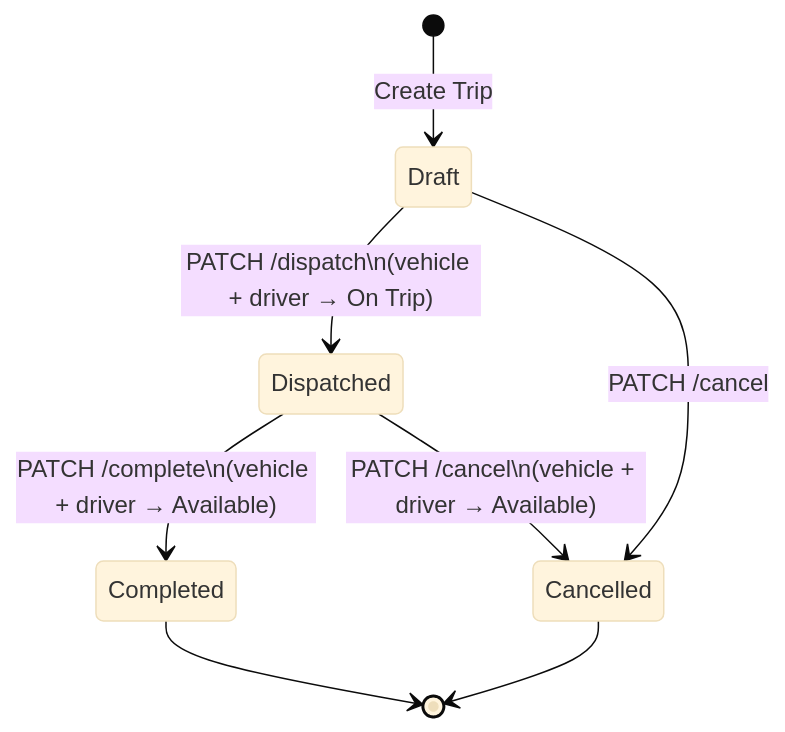
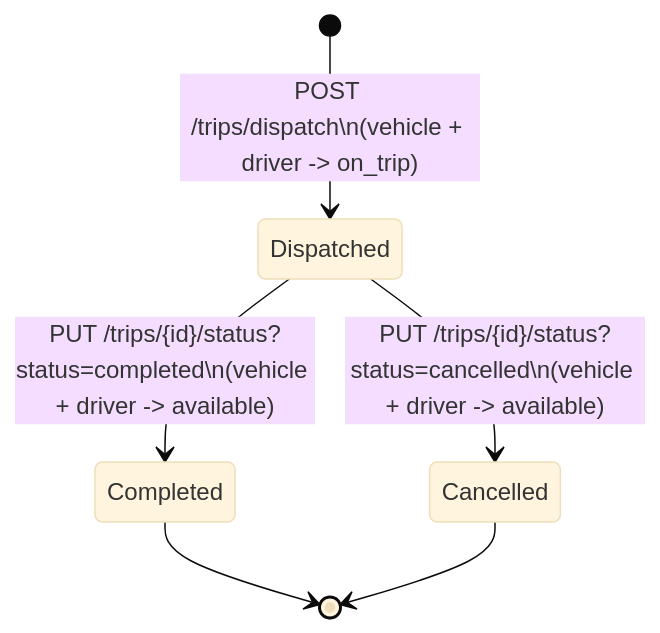
Before and after one commit to pvraguram/TransitOps-Smart-Transport-Operations-Platform: the seventh of 7 diagrams in docs/FRONTEND.md, drawn with Mermaid (base theme). The commit also changed other lines of this file and 5 other files, not shown here.

````diff
--- a/docs/FRONTEND.md
+++ b/docs/FRONTEND.md
@@ -435,10 +477,8 @@
 ```mermaid
 stateDiagram-v2
-    [*] --> Draft : Create Trip
-    Draft --> Dispatched : PATCH /dispatch\n(vehicle + driver → On Trip)
-    Draft --> Cancelled : PATCH /cancel
-    Dispatched --> Completed : PATCH /complete\n(vehicle + driver → Available)
-    Dispatched --> Cancelled : PATCH /cancel\n(vehicle + driver → Available)
+    [*] --> Dispatched : POST /trips/dispatch\n(vehicle + driver -> on_trip)
+    Dispatched --> Completed : PUT /trips/{id}/status?status=completed\n(vehicle + driver -> available)
+    Dispatched --> Cancelled : PUT /trips/{id}/status?status=cancelled\n(vehicle + driver -> available)
     Completed --> [*]
     Cancelled --> [*]
 ```
````
